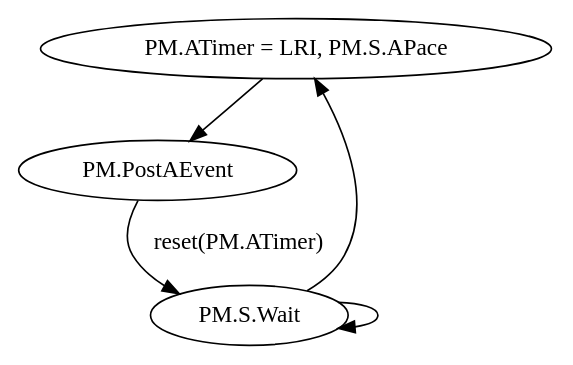
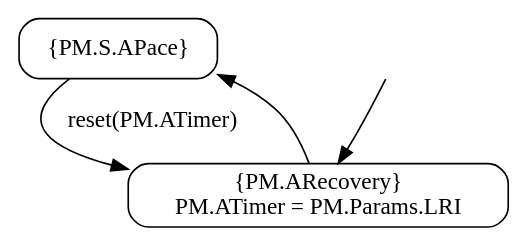
The diagram in pacemaker-case-study/pacemaker-model/Modes/aoo.dot (juodaspaulius/BehavioralClafer), drawn with Graphviz before and after one commit. The commit also changed 13 other files, not shown here.

```diff
--- a/pacemaker-case-study/pacemaker-model/Modes/aoo.dot
+++ b/pacemaker-case-study/pacemaker-model/Modes/aoo.dot
@@ -1,9 +1,14 @@
 digraph {
-1 [label = "PM.ATimer = LRI, PM.S.APace"];
-2 [label = "PM.PostAEvent"];
-3 [label="PM.S.Wait"];
-1->2;
-2->3 [label="reset(PM.ATimer)"];
-3->3;
-3->1;
+  splines=true;
+  sep="+25,25";
+overlap=scalexy;
+nodesep=0.6;
+	node [style=rounded shape=box];
+1 [label = "{PM.S.APace}"];
+2 [label = "{PM.ARecovery}\nPM.ATimer = PM.Params.LRI"];
+ hidden [style=invis];
+
+  hidden -> 2;
+2->1 
+  1->2 [label="reset(PM.ATimer)"];
 }
```
